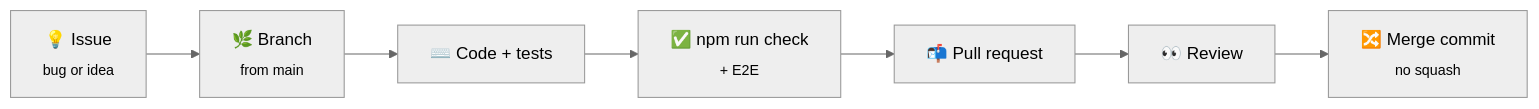
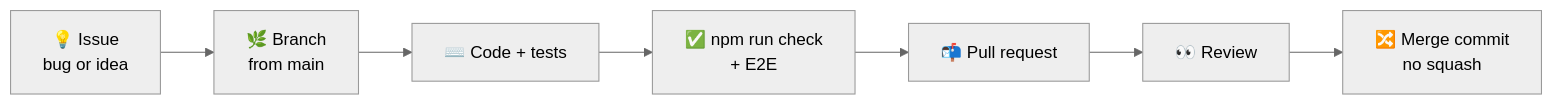
Before and after one commit to ErtugrulAK/keyframe-character-studio: the first of 2 diagrams in CONTRIBUTING.md, drawn with Mermaid (neutral theme). The commit also changed other lines of this file and 2 other files, not shown here.

Commit message:
docs(repo): diagram labels fit their boxes; readable pie and release graph
GitHub's Mermaid renderer sized the nodes without the <sub> lines and cut
them off; the labels are plain text now. The test pie uses the accent
colours (the default dark theme painted it near-black) and the release
graph labels the commits instead of stacking overlapping tags.

````diff
--- a/CONTRIBUTING.md
+++ b/CONTRIBUTING.md
@@ -7,9 +7,9 @@
 ```mermaid
 flowchart LR
-    I["💡 Issue<br/><sub>bug or idea</sub>"] --> B["🌿 Branch<br/><sub>from main</sub>"]
+    I["💡 Issue<br/>bug or idea"] --> B["🌿 Branch<br/>from main"]
     B --> C["⌨️ Code + tests"]
-    C --> V["✅ npm run check<br/><sub>+ E2E</sub>"]
+    C --> V["✅ npm run check<br/>+ E2E"]
     V --> PR["📬 Pull request"]
     PR --> R["👀 Review"]
-    R --> M["🔀 Merge commit<br/><sub>no squash</sub>"]
+    R --> M["🔀 Merge commit<br/>no squash"]
 ```
````
